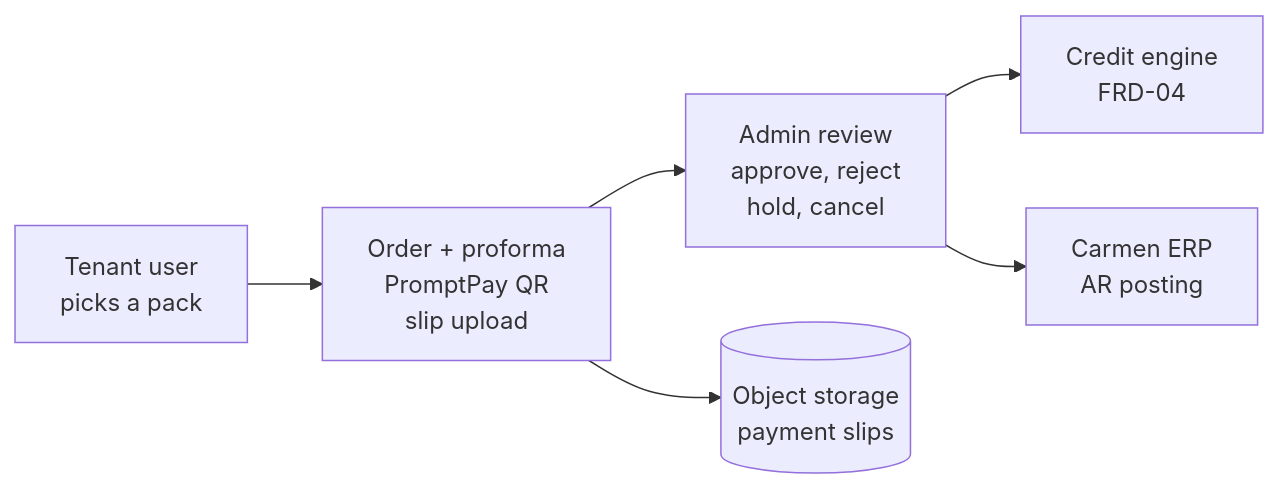
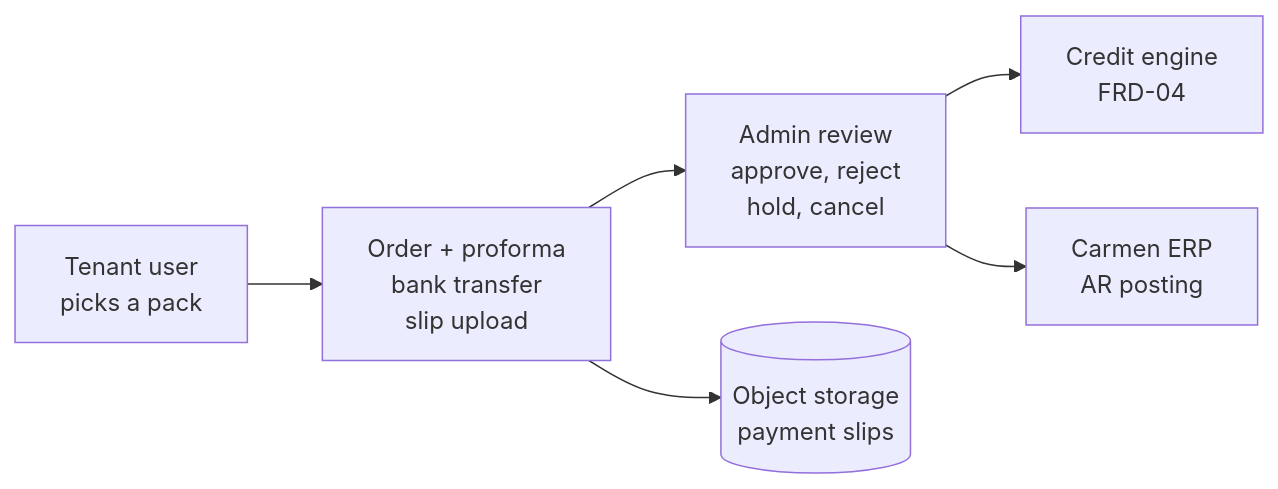
Before and after one commit to developer-carmensoftware/OCR: the first of 5 diagrams in docs/frd/FRD-05-billing-purchase.md, drawn with Mermaid. The commit also changed other lines of this file and 1 other file, not shown here.

First line of the commit message:
docs(frd): FRD-05 pays by bank transfer, not PromptPay QR; review log

````diff
--- a/docs/frd/FRD-05-billing-purchase.md
+++ b/docs/frd/FRD-05-billing-purchase.md
@@ -38,13 +38,13 @@
 ```mermaid 1.1 | From pack selection to credits and AR posting
 flowchart LR
     BUYER[Tenant user<br/>picks a pack]
-    ORD[Order + proforma<br/>PromptPay QR<br/>slip upload]
+    ORD[Order + proforma<br/>bank transfer<br/>slip upload]
     ADM[Admin review<br/>approve, reject<br/>hold, cancel]
     CE[Credit engine<br/>FRD-04]
     ERP[Carmen ERP<br/>AR posting]
     ST[(Object storage<br/>payment slips)]
 
     BUYER --> ORD --> ADM --> CE
     ORD --> ST
     ADM --> ERP
 ```
````
